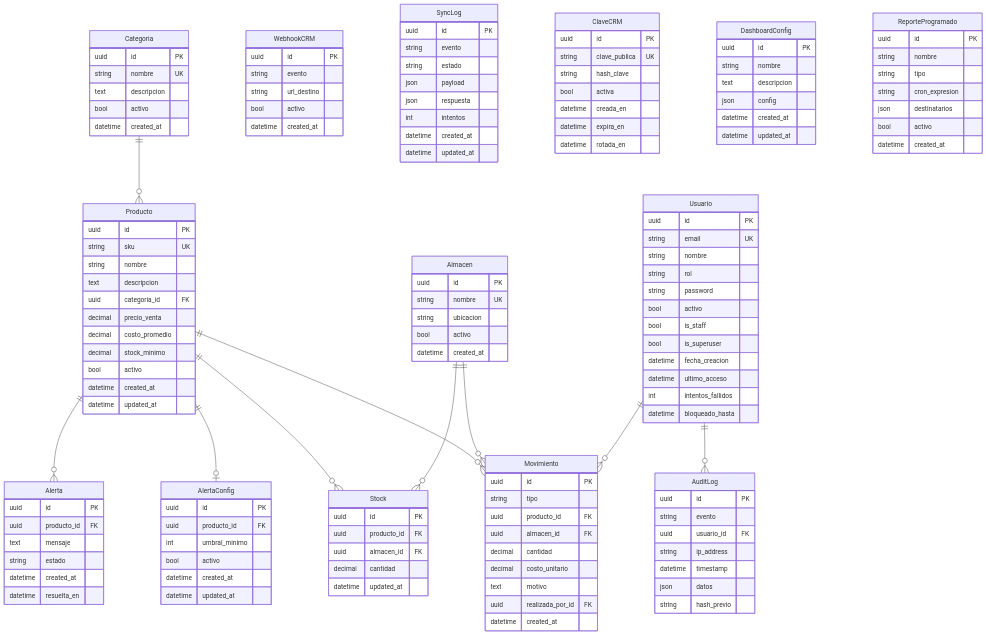
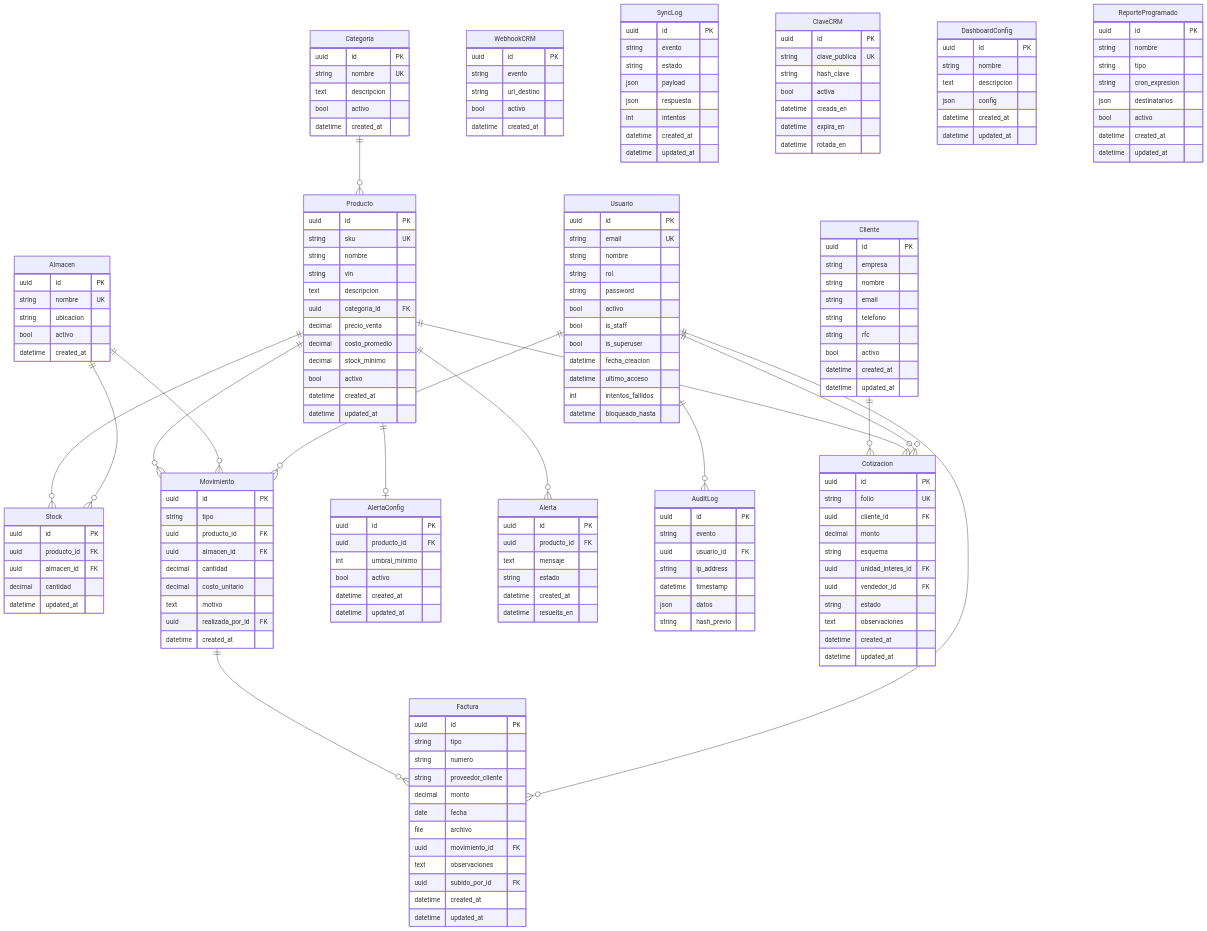
Before and after one commit to gonzalogarfias/inventario_alcret: the diagram in docs/ERD.md, drawn with Mermaid. The commit also changed other lines of this file and 9 other files, not shown here.

````diff
--- a/docs/ERD.md
+++ b/docs/ERD.md
@@ -9,6 +13,11 @@
     Producto ||--o| AlertaConfig : ""
     Producto ||--o{ Alerta : ""
     Usuario ||--o{ AuditLog : ""
+    Cliente ||--o{ Cotizacion : ""
+    Producto ||--o{ Cotizacion : ""
+    Usuario ||--o{ Cotizacion : ""
+    Movimiento ||--o{ Factura : ""
+    Usuario ||--o{ Factura : ""
 
     Categoria {
         uuid id PK
@@ -22,6 +31,7 @@
         uuid id PK
         string sku UK
         string nombre
+        string vin
         text descripcion
         uuid categoria_id FK
         decimal precio_venta
@@ -73,6 +83,47 @@
         datetime ultimo_acceso
         int intentos_fallidos
         datetime bloqueado_hasta
+    }
+
+    Cliente {
+        uuid id PK
+        string empresa
+        string nombre
+        string email
+        string telefono
+        string rfc
+        bool activo
+        datetime created_at
+        datetime updated_at
+    }
+
+    Cotizacion {
+        uuid id PK
+        string folio UK
+        uuid cliente_id FK
+        decimal monto
+        string esquema
+        uuid unidad_interes_id FK
+        uuid vendedor_id FK
+        string estado
+        text observaciones
+        datetime created_at
+        datetime updated_at
+    }
+
+    Factura {
+        uuid id PK
+        string tipo
+        string numero
+        string proveedor_cliente
+        decimal monto
+        date fecha
+        file archivo
+        uuid movimiento_id FK
+        text observaciones
+        uuid subido_por_id FK
+        datetime created_at
+        datetime updated_at
     }
 
     AlertaConfig {
@@ -149,5 +200,6 @@
         json destinatarios
         bool activo
         datetime created_at
+        datetime updated_at
     }
 ```
````
